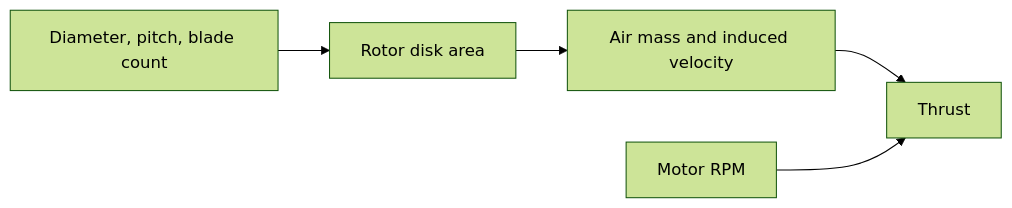
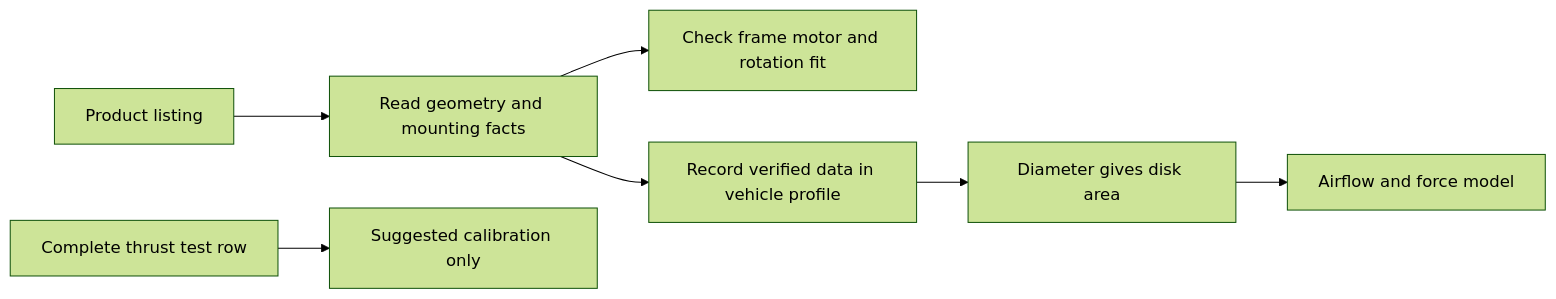
One commit to amire2000/drone-physics-and-simulation-course changed the diagram in docs/modules/03-propeller-aerodynamics/propeller-design/index.md. Above: the diagram before and after it, drawn with Mermaid (forest theme). The commit also changed other lines of this file and 14 other files, not shown here.

Commit message:
Add practical propeller listing and test-data lesson

````diff
--- a/docs/modules/03-propeller-aerodynamics/propeller-design/index.md
+++ b/docs/modules/03-propeller-aerodynamics/propeller-design/index.md
@@ -13,7 +13,9 @@
 ```mermaid
 flowchart LR
-    geometry[Diameter, pitch, blade count] --> disk[Rotor disk area]
-    disk --> airflow[Air mass and induced velocity]
-    airflow --> thrust[Thrust]
-    rpm[Motor RPM] --> thrust
+    listing[Product listing] --> facts[Read geometry and mounting facts]
+    facts --> fit[Check frame motor and rotation fit]
+    facts --> profile[Record verified data in vehicle profile]
+    profile --> disk[Diameter gives disk area]
+    disk --> physics[Airflow and force model]
+    test[Complete thrust test row] --> calibration[Suggested calibration only]
 ```
````
